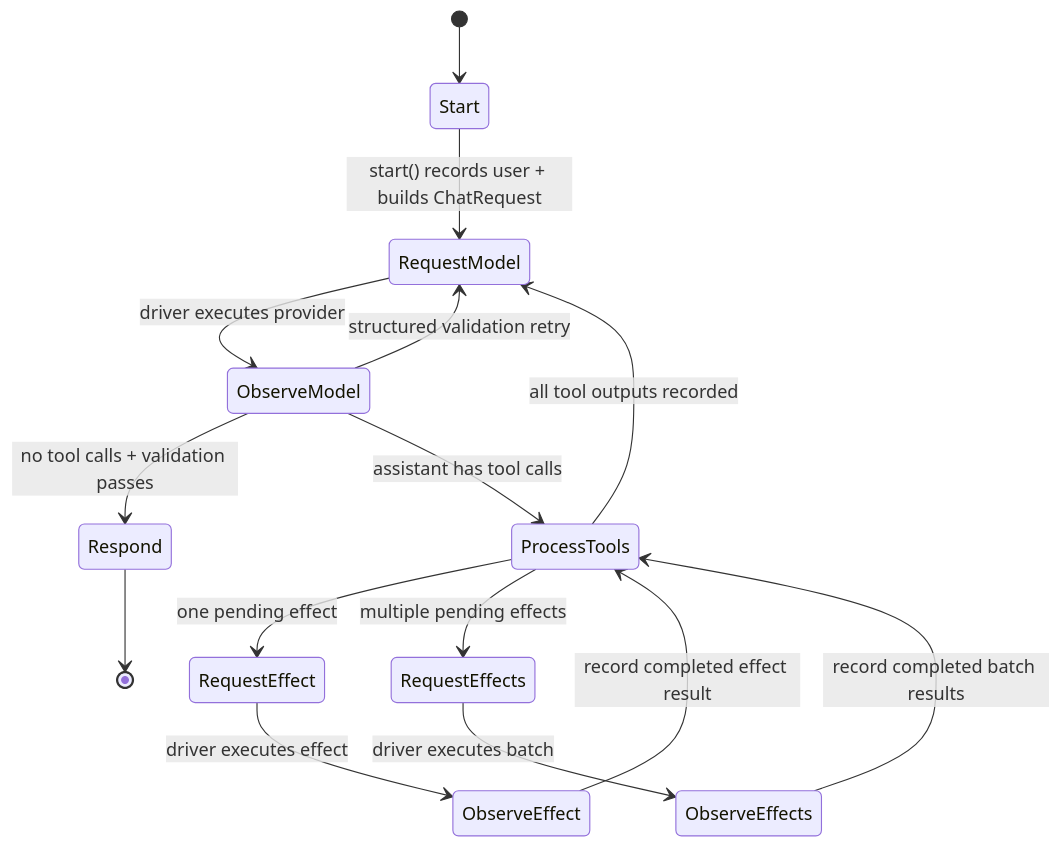
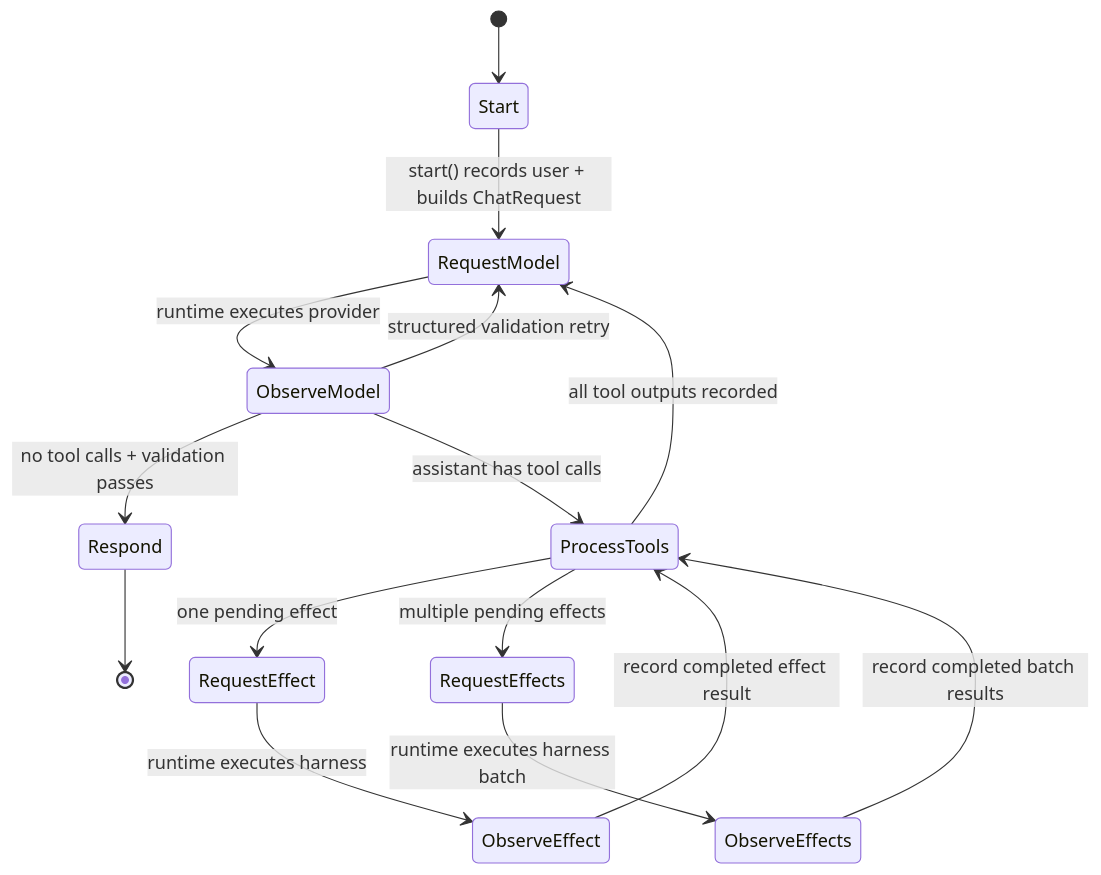
One commit to Silwings-git/molo changed the third of 5 diagrams in docs/react-agent-flow.md. Above: the diagram before and after it, drawn with Mermaid. The commit also changed other lines of this file and 43 other files, not shown here.

Commit message:
chore: align runtime architecture boundaries

````diff
--- a/docs/react-agent-flow.md
+++ b/docs/react-agent-flow.md
@@ -110,17 +201,17 @@
 ```mermaid
 stateDiagram-v2
     [*] --> Start
     Start --> RequestModel: start() records user + builds ChatRequest
-    RequestModel --> ObserveModel: driver executes provider
+    RequestModel --> ObserveModel: runtime executes provider
     ObserveModel --> Respond: no tool calls + validation passes
     ObserveModel --> RequestModel: structured validation retry
     ObserveModel --> ProcessTools: assistant has tool calls
     ProcessTools --> RequestEffect: one pending effect
     ProcessTools --> RequestEffects: multiple pending effects
     ProcessTools --> RequestModel: all tool outputs recorded
-    RequestEffect --> ObserveEffect: driver executes effect
-    RequestEffects --> ObserveEffects: driver executes batch
+    RequestEffect --> ObserveEffect: runtime executes harness
+    RequestEffects --> ObserveEffects: runtime executes harness batch
     ObserveEffect --> ProcessTools: record completed effect result
     ObserveEffects --> ProcessTools: record completed batch results
     Respond --> [*]
 ```
````
